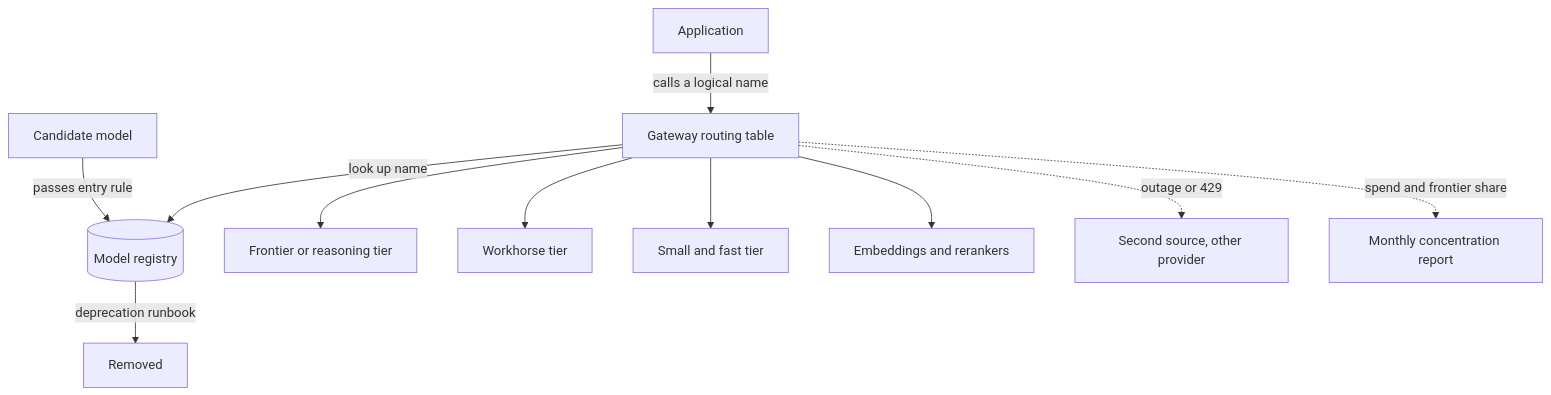
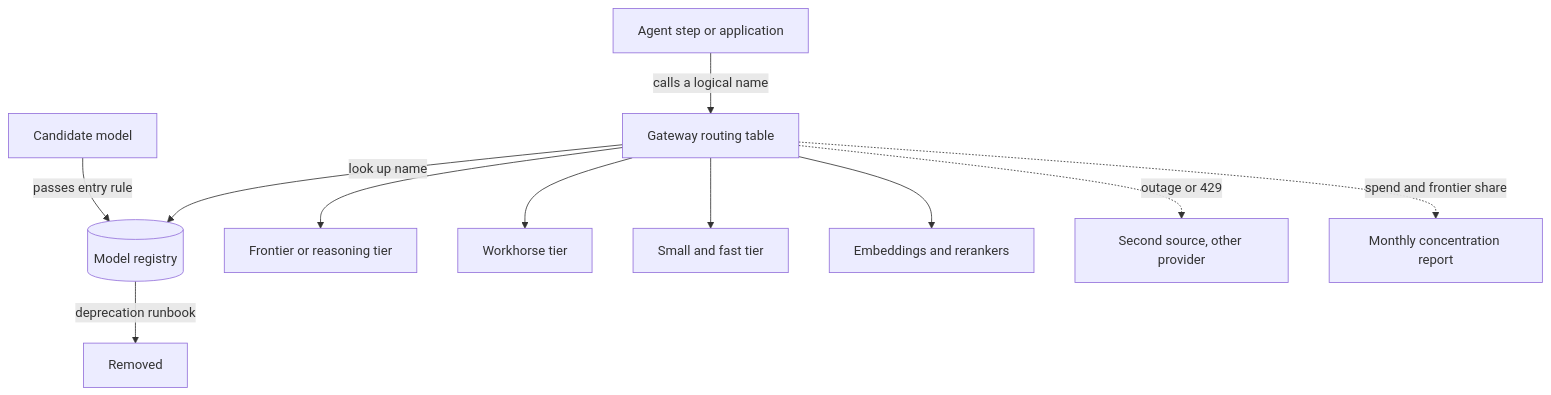
One commit to lovishmahajan97/agentic-learning changed the diagram in content/system-design/model-portfolio.md. Above: the diagram before and after it, drawn with Mermaid. The commit also changed other lines of this file and 266 other files, not shown here.

````diff
--- a/content/system-design/model-portfolio.md
+++ b/content/system-design/model-portfolio.md
@@ -129,13 +145,13 @@
 ```mermaid
 flowchart TD
-    A["Application"] -->|"calls a logical name"| G["Gateway routing table"]
+    A["Agent step or application"] -->|"calls a logical name"| G["Gateway routing table"]
     G -->|"look up name"| R[("Model registry")]
     G --> F["Frontier or reasoning tier"]
     G --> W["Workhorse tier"]
     G --> S["Small and fast tier"]
     G --> E["Embeddings and rerankers"]
     G -.->|"outage or 429"| B["Second source, other provider"]
     N["Candidate model"] -->|"passes entry rule"| R
     R -->|"deprecation runbook"| X["Removed"]
     G -.->|"spend and frontier share"| M["Monthly concentration report"]
 ```
````
